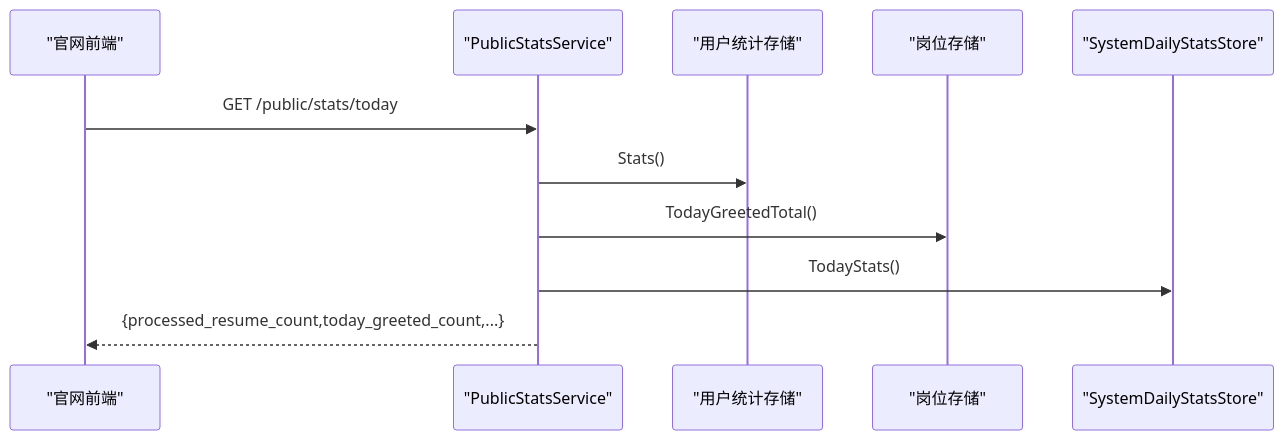
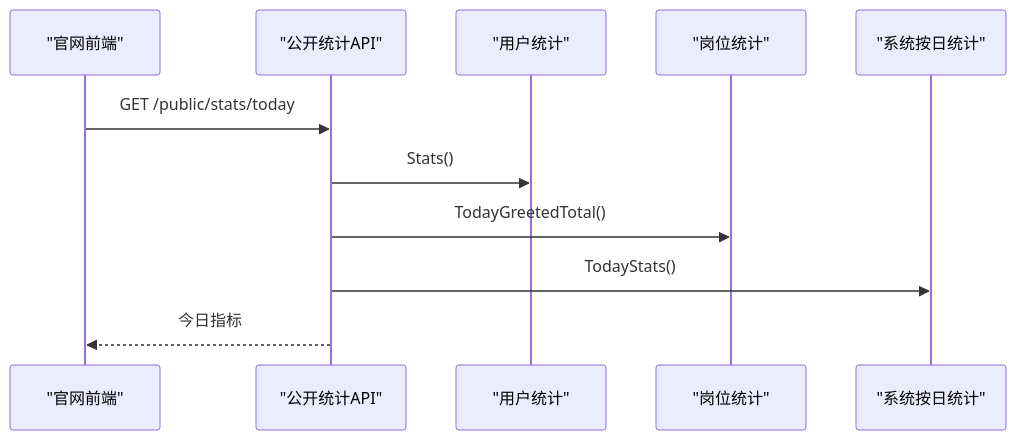
One commit to alvinwangzi/goodhr changed the seventh of 10 diagrams in .qoder/repowiki/zh/content/云端后端服务/岗位运行管理/岗位监控统计.md. Above: the diagram before and after it, drawn with Mermaid. The commit also changed other lines of this file and 149 other files, not shown here.

````diff
--- a/.qoder/repowiki/zh/content/云端后端服务/岗位运行管理/岗位监控统计.md
+++ b/.qoder/repowiki/zh/content/云端后端服务/岗位运行管理/岗位监控统计.md
@@ -263,13 +249,13 @@
 ```mermaid
 sequenceDiagram
 participant Web as "官网前端"
-participant API as "PublicStatsService"
-participant U as "用户统计存储"
-participant P as "岗位存储"
-participant D as "SystemDailyStatsStore"
-Web->>API : GET /public/stats/today
-API->>U : Stats()
-API->>P : TodayGreetedTotal()
-API->>D : TodayStats()
-API-->>Web : {processed_resume_count,today_greeted_count,...}
+participant PS as "公开统计API"
+participant US as "用户统计"
+participant POS as "岗位统计"
+participant DS as "系统按日统计"
+Web->>PS : GET /public/stats/today
+PS->>US : Stats()
+PS->>POS : TodayGreetedTotal()
+PS->>DS : TodayStats()
+PS-->>Web : 今日指标
 ```
````
